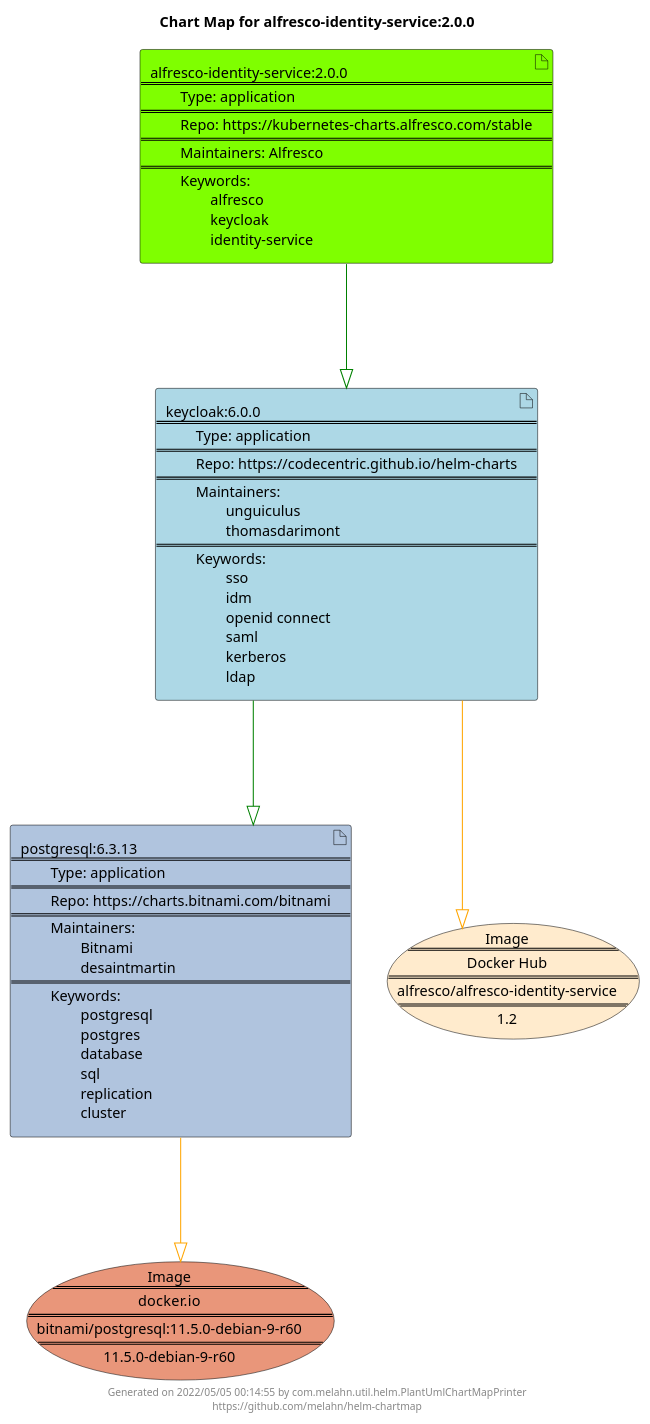
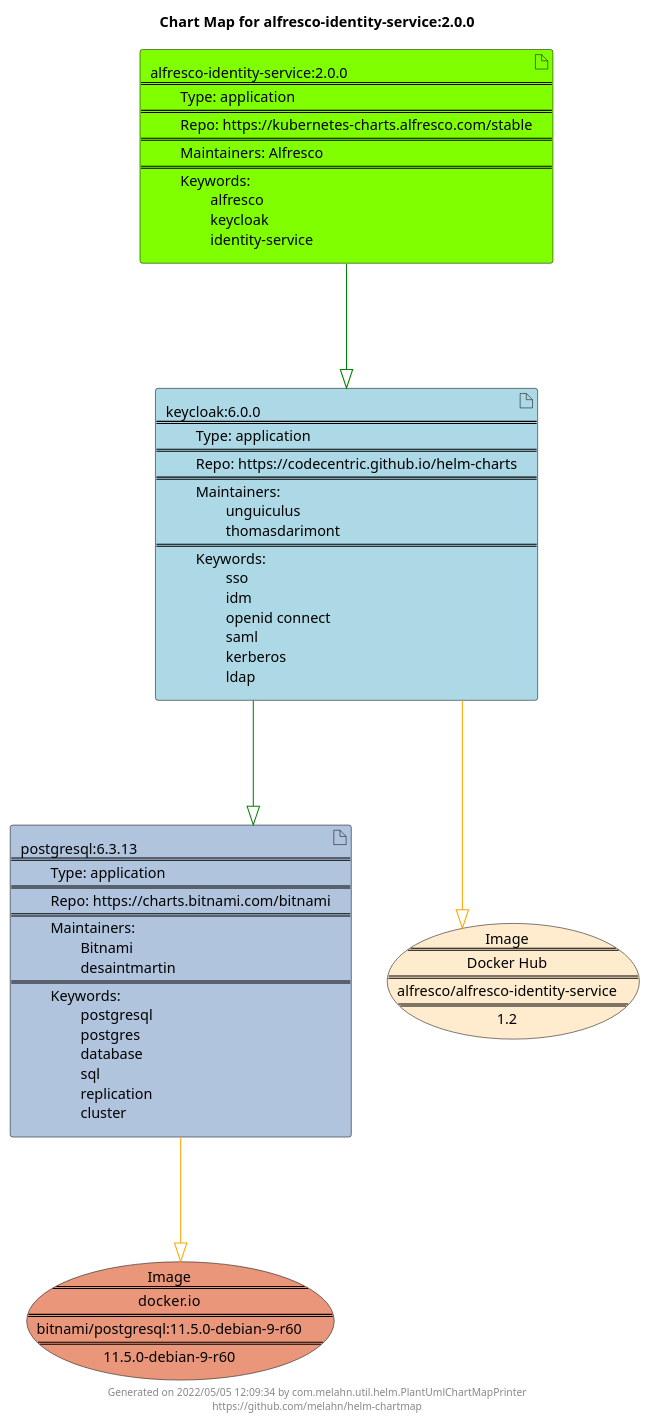
One commit to melahn/helm-chartmap changed the diagram in docs/alfresco-identity-service/alfresco-identity-service-2.0.0.puml. Above: the diagram before and after it, drawn with PlantUML. The commit also changed 62 other files, not shown here.

Commit message:
Update Example Chart Maps as part of GitHub build

```diff
--- a/docs/alfresco-identity-service/alfresco-identity-service-2.0.0.puml
+++ b/docs/alfresco-identity-service/alfresco-identity-service-2.0.0.puml
@@ -1,27 +1,27 @@
 @startuml
 skinparam linetype ortho
 skinparam backgroundColor white
 skinparam usecaseBorderColor black
 skinparam usecaseArrowColor LightSlateGray
 skinparam artifactBorderColor black
 skinparam artifactArrowColor LightSlateGray
 
 title Chart Map for alfresco-identity-service:2.0.0
 
 'There are 3 referenced Helm Charts
 artifact "postgresql:6.3.13\n====\n\tType: application\n====\n\tRepo: https://charts.bitnami.com/bitnami\n====\n\tMaintainers: \n\t\tBitnami\n\t\tdesaintmartin\n====\n\tKeywords: \n\t\tpostgresql\n\t\tpostgres\n\t\tdatabase\n\t\tsql\n\t\treplication\n\t\tcluster" as postgresql_6_3_13 #LightSteelBlue
 artifact "keycloak:6.0.0\n====\n\tType: application\n====\n\tRepo: https://codecentric.github.io/helm-charts\n====\n\tMaintainers: \n\t\tunguiculus\n\t\tthomasdarimont\n====\n\tKeywords: \n\t\tsso\n\t\tidm\n\t\topenid connect\n\t\tsaml\n\t\tkerberos\n\t\tldap" as keycloak_6_0_0 #LightBlue
 artifact "alfresco-identity-service:2.0.0\n====\n\tType: application\n====\n\tRepo: https://kubernetes-charts.alfresco.com/stable\n====\n\tMaintainers: Alfresco\n====\n\tKeywords: \n\t\talfresco\n\t\tkeycloak\n\t\tidentity-service" as alfresco_identity_service_2_0_0 #Chartreuse
 
 'There are 2 referenced Docker Images
 usecase "Image\n====\ndocker.io\n====\nbitnami/postgresql:11.5.0-debian-9-r60\n====\n11.5.0-debian-9-r60" as docker_io_bitnami_postgresql_11_5_0_debian_9_r60 #DarkSalmon
 usecase "Image\n====\nDocker Hub\n====\nalfresco/alfresco-identity-service\n====\n1.2" as alfresco_alfresco_identity_service_1_2 #BlanchedAlmond
 
 'Chart Dependencies
 alfresco_identity_service_2_0_0--[#green]-|>keycloak_6_0_0
 keycloak_6_0_0--[#green]-|>postgresql_6_3_13
 postgresql_6_3_13--[#orange]-|>docker_io_bitnami_postgresql_11_5_0_debian_9_r60
 keycloak_6_0_0--[#orange]-|>alfresco_alfresco_identity_service_1_2
 
-center footer Generated on 2022/05/05 00:14:55 by com.melahn.util.helm.PlantUmlChartMapPrinter\nhttps://github.com/melahn/helm-chartmap
+center footer Generated on 2022/05/05 12:09:34 by com.melahn.util.helm.PlantUmlChartMapPrinter\nhttps://github.com/melahn/helm-chartmap
 @enduml
```
